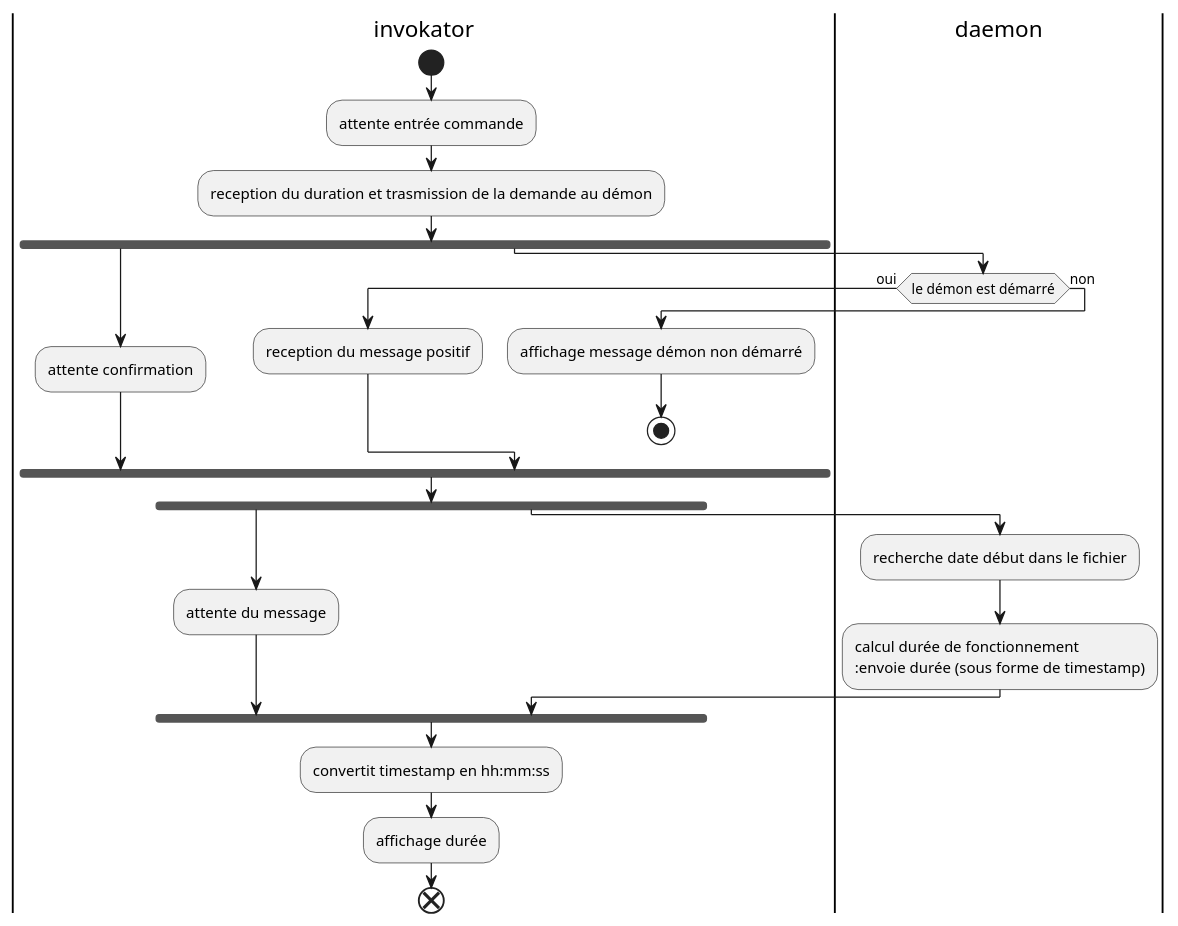
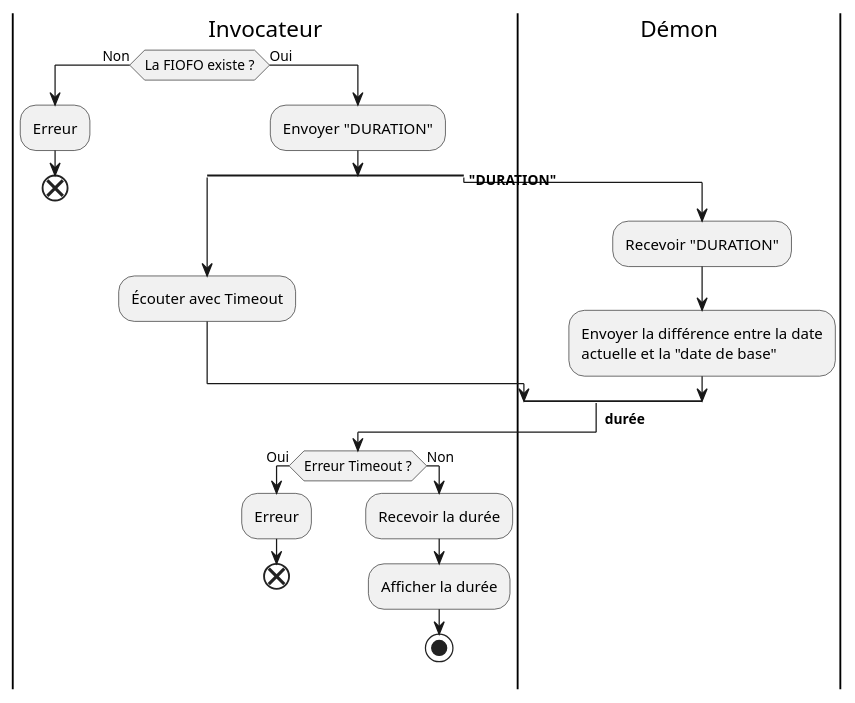
One commit to Anthony-Jhoiro/Archi-Sys_sophia changed the diagram in diagramms/duration.puml. Above: the diagram before and after it, drawn with PlantUML. The commit also changed 6 other files, not shown here.

```diff
--- a/diagramms/duration.puml
+++ b/diagramms/duration.puml
@@ -1,34 +1,31 @@
 @startuml
+|Invocateur|
+|Démon|
 
-|invokator|
-start
-:attente entrée commande;
-:reception du duration et trasmission de la demande au démon;
-fork
-    :attente confirmation;
-fork again
-    |daemon|
-    if (le démon est démarré) then (oui)
-        |invokator|
-        :reception du message positif;
-    else (non)
-        |invokator|
-        :affichage message démon non démarré;
+|Invocateur|
+if (La FIOFO existe ?) then (Non)
+    :Erreur;
+    end 
+else (Oui)
+    :Envoyer "DURATION";
+    split 
+        :Écouter avec Timeout;
+    split again 
+        |Démon|
+        -> <b>"DURATION";
+        :Recevoir "DURATION";
+        :Envoyer la différence entre la date\nactuelle et la "date de base";
+
+    end split 
+    |Invocateur|
+    -> <b> durée;
+    if (Erreur Timeout ?) then (Oui)
+        :Erreur;
+        end
+    else (Non)
+        :Recevoir la durée;
+        :Afficher la durée;
         stop
-    endif
-end fork
-
-fork
-    :attente du message;
-fork again
-    |daemon|
-    :recherche date début dans le fichier;
-    :calcul durée de fonctionnement
-    :envoie durée (sous forme de timestamp);
-    |invokator|
-end fork
-:convertit timestamp en hh:mm:ss;
-:affichage durée;
-end
+    endif     
 
 @enduml
```
